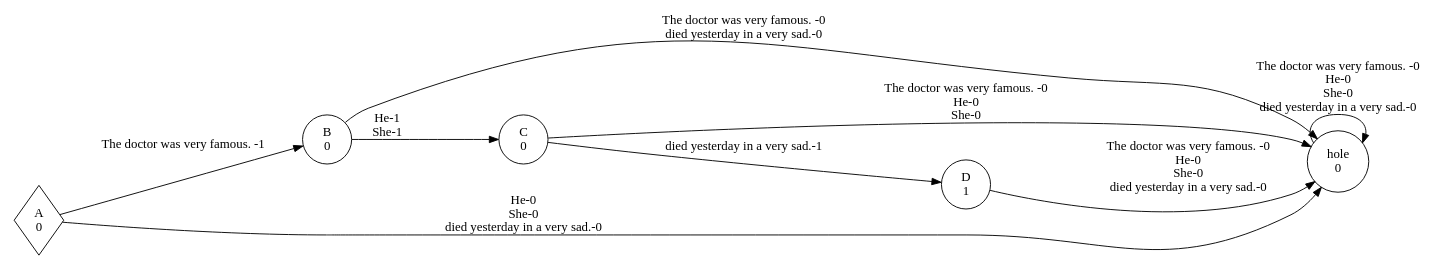
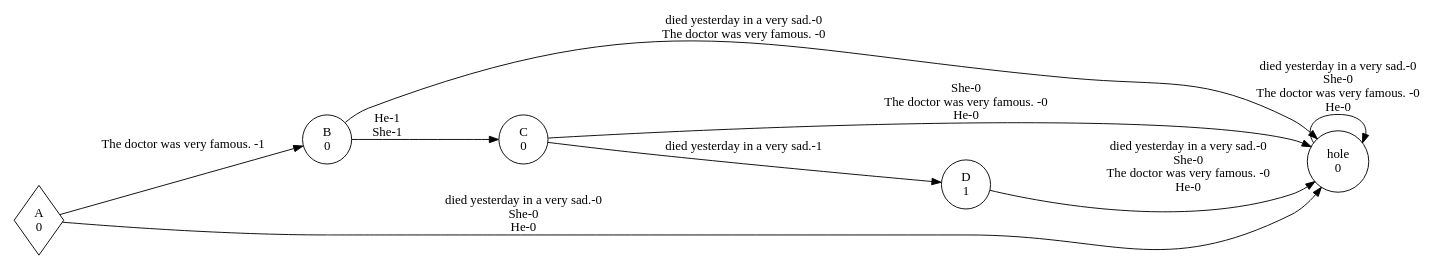
Before and after one commit to kidnixt/pdfa_extraction: the diagram in EXPERIMENT_doctor_post_branching/DOCTOR_WFA_6.dot, drawn with Graphviz. The commit also changed 31 other files, not shown here.

```diff
--- a/EXPERIMENT_doctor_post_branching/DOCTOR_WFA_6.dot
+++ b/EXPERIMENT_doctor_post_branching/DOCTOR_WFA_6.dot
@@ -1,34 +1,34 @@
 digraph weighted_automaton {
 	margin=0 rankdir=LR size=15
 	node [shape=circle]
 	A [label="A
 0" shape=diamond]
 	A -> B [label="The doctor was very famous. -1"]
-	A -> hole [label="He-0
+	A -> hole [label="died yesterday in a very sad.-0
 She-0
-died yesterday in a very sad.-0"]
+He-0"]
 	B [label="B
 0"]
 	B -> C [label="He-1
 She-1"]
-	B -> hole [label="The doctor was very famous. -0
-died yesterday in a very sad.-0"]
+	B -> hole [label="died yesterday in a very sad.-0
+The doctor was very famous. -0"]
 	C [label="C
 0"]
 	C -> D [label="died yesterday in a very sad.-1"]
-	C -> hole [label="The doctor was very famous. -0
-He-0
-She-0"]
+	C -> hole [label="She-0
+The doctor was very famous. -0
+He-0"]
 	D [label="D
 1"]
-	D -> hole [label="The doctor was very famous. -0
-He-0
+	D -> hole [label="died yesterday in a very sad.-0
 She-0
-died yesterday in a very sad.-0"]
+The doctor was very famous. -0
+He-0"]
 	hole [label="hole
 0"]
-	hole -> hole [label="The doctor was very famous. -0
-He-0
+	hole -> hole [label="died yesterday in a very sad.-0
 She-0
-died yesterday in a very sad.-0"]
+The doctor was very famous. -0
+He-0"]
 }
```
